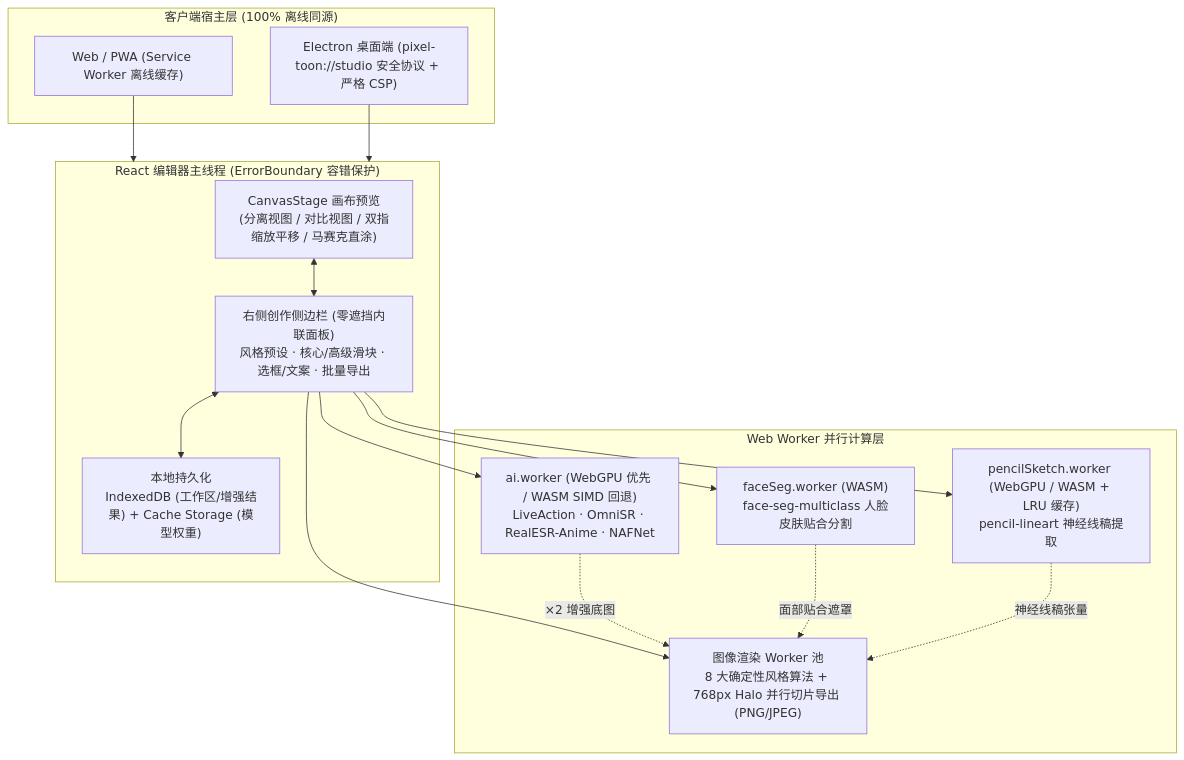
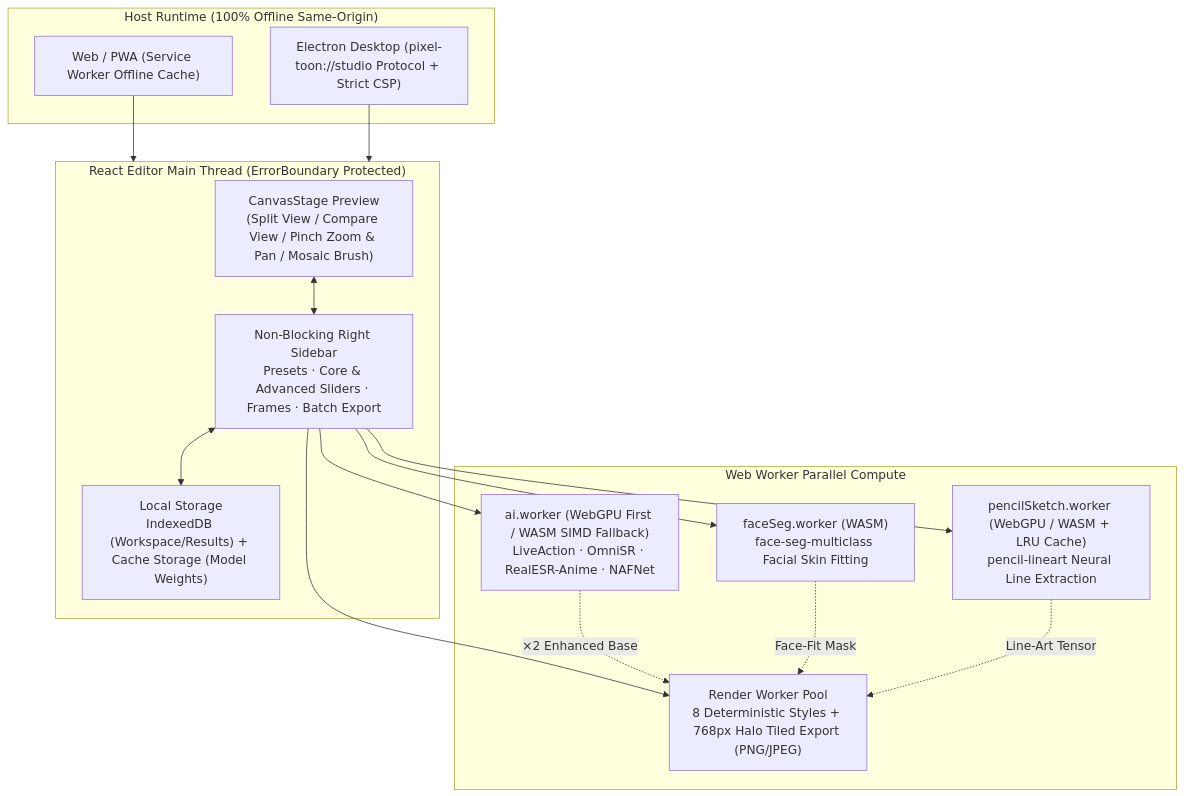
The diagram in README.md (feihanwen/pixel-toon-studio), drawn with Mermaid before and after one commit. The commit also changed other lines of this file and 8 other files, not shown here.

````diff
--- a/README.md
+++ b/README.md
@@ -54,32 +54,32 @@
 ```mermaid
 flowchart TB
-    subgraph Client["客户端宿主层 (100% 离线同源)"]
-        Web["Web / PWA (Service Worker 离线缓存)"]
-        Desktop["Electron 桌面端 (pixel-toon://studio 安全协议 + 严格 CSP)"]
+    subgraph Client["Host Runtime (100% Offline Same-Origin)"]
+        Web["Web / PWA (Service Worker Offline Cache)"]
+        Desktop["Electron Desktop (pixel-toon://studio Protocol + Strict CSP)"]
     end
 
-    subgraph UI["React 编辑器主线程 (ErrorBoundary 容错保护)"]
-        Stage["CanvasStage 画布预览\n(分离视图 / 对比视图 / 双指缩放平移 / 马赛克直涂)"]
-        Sidebar["右侧创作侧边栏 (零遮挡内联面板)\n风格预设 · 核心/高级滑块 · 选框/文案 · 批量导出"]
-        DB["本地持久化\nIndexedDB (工作区/增强结果) + Cache Storage (模型权重)"]
+    subgraph UI["React Editor Main Thread (ErrorBoundary Protected)"]
+        Stage["CanvasStage Preview\n(Split View / Compare View / Pinch Zoom & Pan / Mosaic Brush)"]
+        Sidebar["Non-Blocking Right Sidebar\nPresets · Core & Advanced Sliders · Frames · Batch Export"]
+        DB["Local Storage\nIndexedDB (Workspace/Results) + Cache Storage (Model Weights)"]
     end
 
-    subgraph Workers["Web Worker 并行计算层"]
-        StyleWorker["图像渲染 Worker 池\n8 大确定性风格算法 + 768px Halo 并行切片导出 (PNG/JPEG)"]
-        EnhanceWorker["ai.worker (WebGPU 优先 / WASM SIMD 回退)\nLiveAction · OmniSR · RealESR-Anime · NAFNet"]
-        FaceWorker["faceSeg.worker (WASM)\nface-seg-multiclass 人脸皮肤贴合分割"]
-        PencilWorker["pencilSketch.worker (WebGPU / WASM + LRU 缓存)\npencil-lineart 神经线稿提取"]
+    subgraph Workers["Web Worker Parallel Compute"]
+        StyleWorker["Render Worker Pool\n8 Deterministic Styles + 768px Halo Tiled Export (PNG/JPEG)"]
+        EnhanceWorker["ai.worker (WebGPU First / WASM SIMD Fallback)\nLiveAction · OmniSR · RealESR-Anime · NAFNet"]
+        FaceWorker["faceSeg.worker (WASM)\nface-seg-multiclass Facial Skin Fitting"]
+        PencilWorker["pencilSketch.worker (WebGPU / WASM + LRU Cache)\npencil-lineart Neural Line Extraction"]
     end
 
     Web --> UI
     Desktop --> UI
     Stage <--> Sidebar
     Sidebar <--> DB
     Sidebar --> StyleWorker
     Sidebar --> EnhanceWorker
     Sidebar --> FaceWorker
     Sidebar --> PencilWorker
-    EnhanceWorker -.->|"×2 增强底图"| StyleWorker
-    FaceWorker -.->|"面部贴合遮罩"| StyleWorker
-    PencilWorker -.->|"神经线稿张量"| StyleWorker
+    EnhanceWorker -.->|"×2 Enhanced Base"| StyleWorker
+    FaceWorker -.->|"Face-Fit Mask"| StyleWorker
+    PencilWorker -.->|"Line-Art Tensor"| StyleWorker
 ```
````
